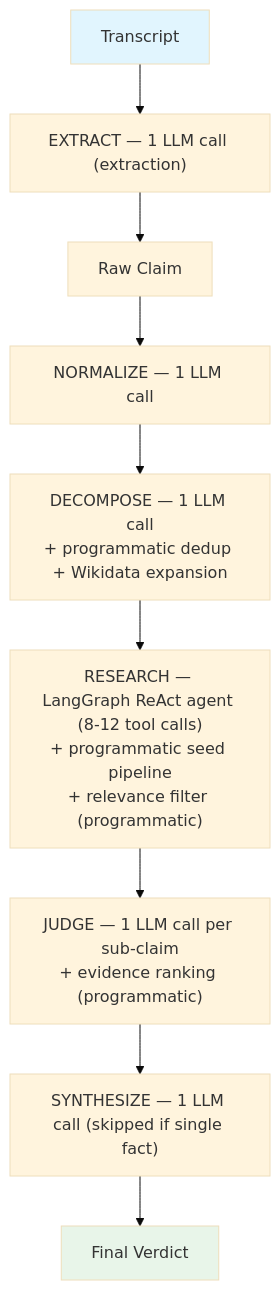
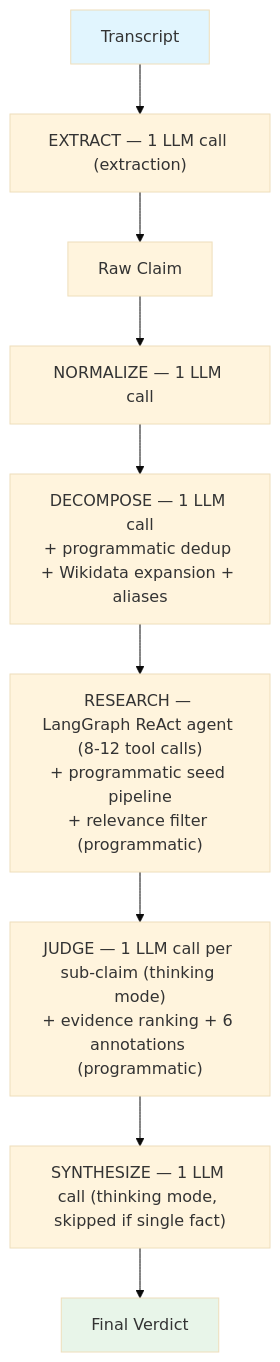
Before and after one commit to vedantadhobley/spin-cycle: the first of 2 diagrams in docs/llm-calls.md, drawn with Mermaid (base theme). The commit also changed other lines of this file and 4 other files, not shown here.

First line of the commit message:
docs: update for thinking mode, relay detection, parallel=2, designation loophole

````diff
--- a/docs/llm-calls.md
+++ b/docs/llm-calls.md
@@ -11,14 +11,14 @@
 ```mermaid
 flowchart TD
     T[Transcript] --> EXT["EXTRACT — 1 LLM call (extraction)"]
     EXT --> RAW[Raw Claim]
     RAW --> NORM["NORMALIZE — 1 LLM call"]
-    NORM --> DEC["DECOMPOSE — 1 LLM call\n+ programmatic dedup + Wikidata expansion"]
+    NORM --> DEC["DECOMPOSE — 1 LLM call\n+ programmatic dedup + Wikidata expansion + aliases"]
     DEC --> RES["RESEARCH — LangGraph ReAct agent (8-12 tool calls)\n+ programmatic seed pipeline\n+ relevance filter (programmatic)"]
-    RES --> JDG["JUDGE — 1 LLM call per sub-claim\n+ evidence ranking (programmatic)"]
-    JDG --> SYN["SYNTHESIZE — 1 LLM call (skipped if single fact)"]
+    RES --> JDG["JUDGE — 1 LLM call per sub-claim (thinking mode)\n+ evidence ranking + 6 annotations (programmatic)"]
+    JDG --> SYN["SYNTHESIZE — 1 LLM call (thinking mode, skipped if single fact)"]
     SYN --> V[Final Verdict]
 
     style T fill:#e1f5fe
     style V fill:#e8f5e9
 ```
````
